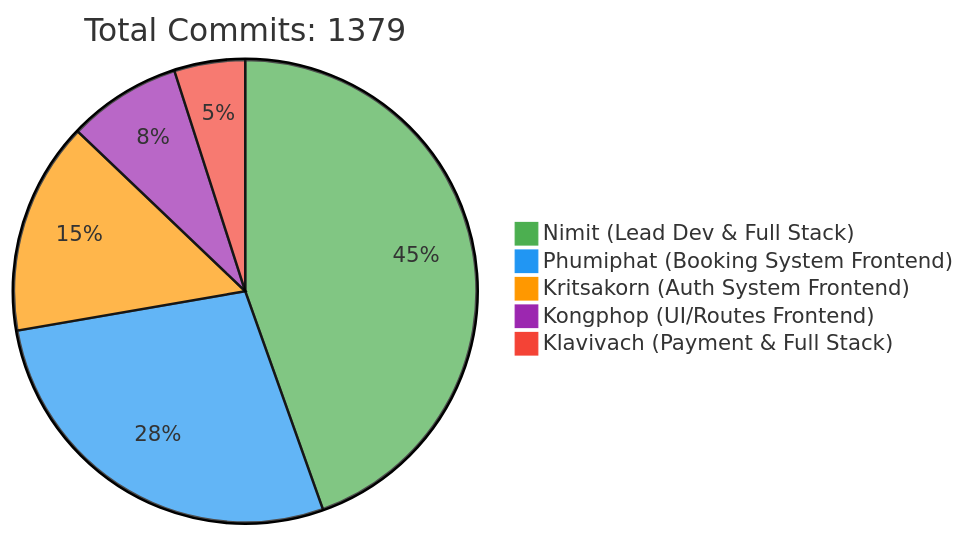
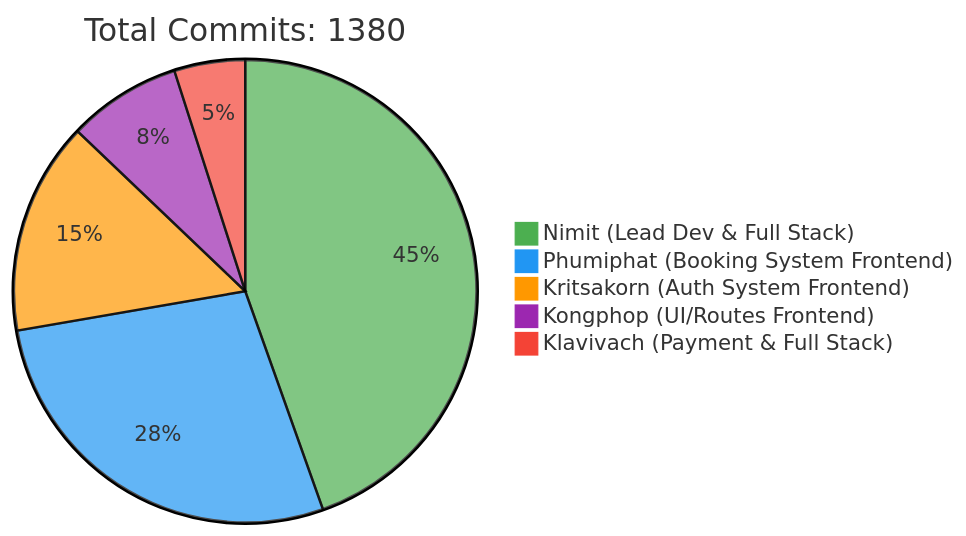
The first of 2 diagrams in README.md (6531503042/Sport-Complex), drawn with Mermaid before and after one commit. The commit also changed other lines of this file, not shown here.

Commit message:
docs: Update contributor statistics [skip ci]

````diff
--- a/README.md
+++ b/README.md
@@ -257,10 +257,10 @@
 ```mermaid
 %%{init: {'theme': 'base', 'themeVariables': { 'pie1': '#4CAF50', 'pie2': '#2196F3', 'pie3': '#FF9800', 'pie4': '#9C27B0', 'pie5': '#F44336'}}}%%
 pie
-    title Total Commits: 1379
+    title Total Commits: 1380
     "Nimit (Lead Dev & Full Stack)" : 450
     "Phumiphat (Booking System Frontend)" : 280
     "Kritsakorn (Auth System Frontend)" : 150
     "Kongphop (UI/Routes Frontend)" : 80
     "Klavivach (Payment & Full Stack)" : 50
 ```
````
